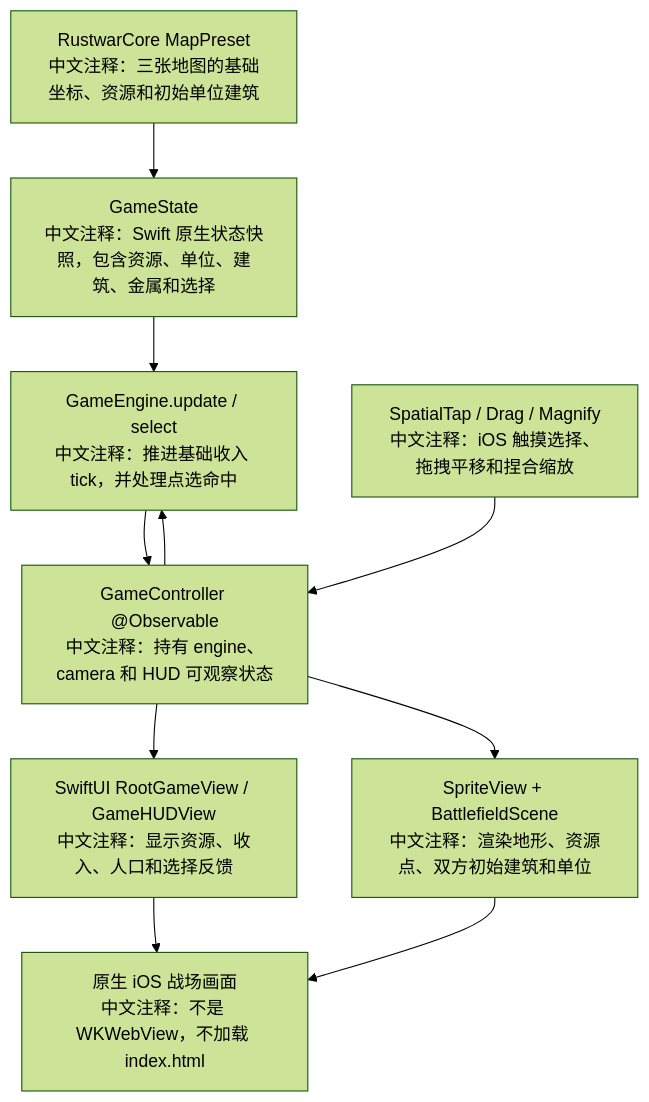
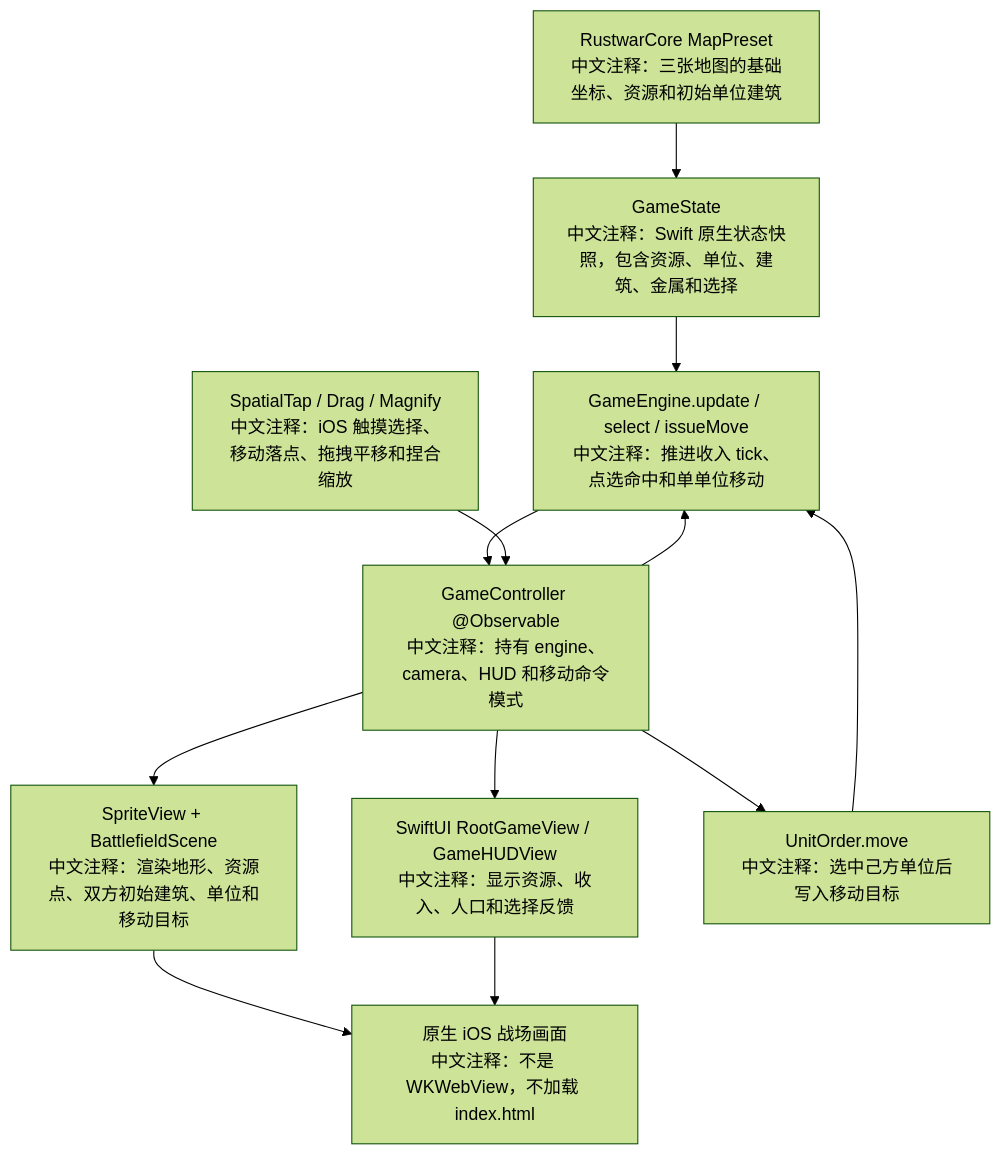
Before and after one commit to Altman-sam114/120: the third of 5 diagrams in md/flow/flowchart.md, drawn with Mermaid (forest theme). The commit also changed 14 other files, not shown here.

Commit message:
v1.1: add native iOS unit move command

````diff
--- a/md/flow/flowchart.md
+++ b/md/flow/flowchart.md
@@ -52,12 +52,14 @@
 ```mermaid
 flowchart TD
   P["RustwarCore MapPreset<br/>中文注释：三张地图的基础坐标、资源和初始单位建筑"] --> S["GameState<br/>中文注释：Swift 原生状态快照，包含资源、单位、建筑、金属和选择"]
-  S --> E["GameEngine.update / select<br/>中文注释：推进基础收入 tick，并处理点选命中"]
-  E --> C["GameController @Observable<br/>中文注释：持有 engine、camera 和 HUD 可观察状态"]
+  S --> E["GameEngine.update / select / issueMove<br/>中文注释：推进收入 tick、点选命中和单单位移动"]
+  E --> C["GameController @Observable<br/>中文注释：持有 engine、camera、HUD 和移动命令模式"]
   C --> H["SwiftUI RootGameView / GameHUDView<br/>中文注释：显示资源、收入、人口和选择反馈"]
-  C --> B["SpriteView + BattlefieldScene<br/>中文注释：渲染地形、资源点、双方初始建筑和单位"]
-  T["SpatialTap / Drag / Magnify<br/>中文注释：iOS 触摸选择、拖拽平移和捏合缩放"] --> C
+  C --> B["SpriteView + BattlefieldScene<br/>中文注释：渲染地形、资源点、双方初始建筑、单位和移动目标"]
+  T["SpatialTap / Drag / Magnify<br/>中文注释：iOS 触摸选择、移动落点、拖拽平移和捏合缩放"] --> C
+  C --> M["UnitOrder.move<br/>中文注释：选中己方单位后写入移动目标"]
+  M --> E
   C --> E
   B --> O["原生 iOS 战场画面<br/>中文注释：不是 WKWebView，不加载 index.html"]
   H --> O
 ```
````
